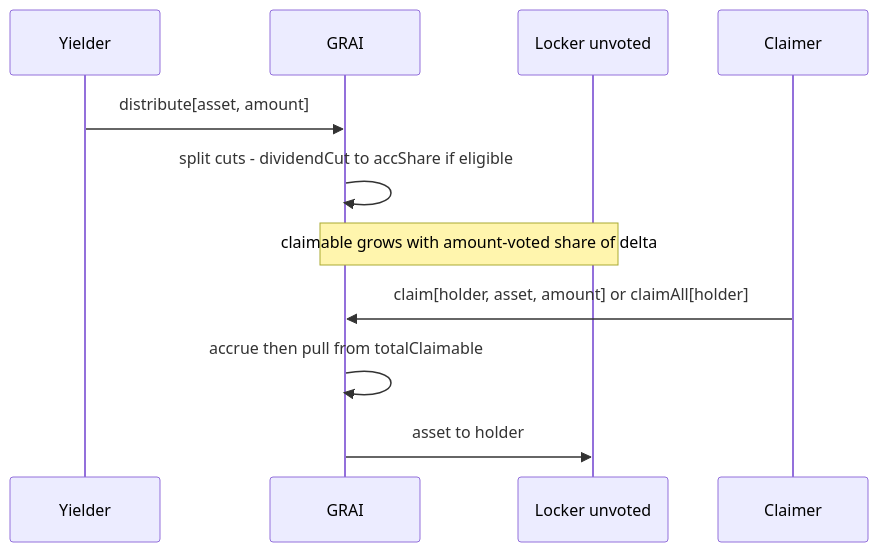
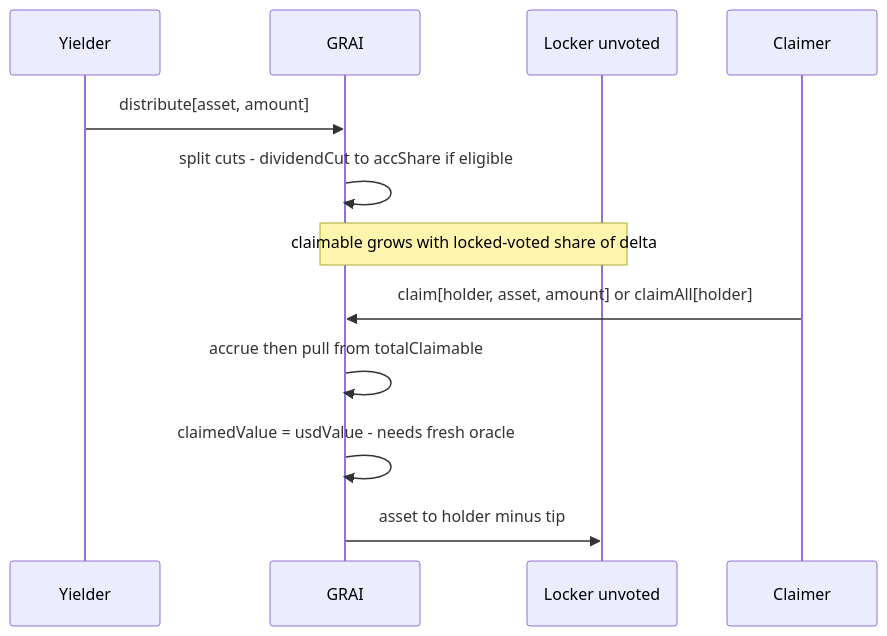
One commit to grindurus/grindurus-docs changed the second of 6 diagrams in protocol/grai/mechanics.md. Above: the diagram before and after it, drawn with Mermaid. The commit also changed other lines of this file, not shown here.

````diff
--- a/protocol/grai/mechanics.md
+++ b/protocol/grai/mechanics.md
@@ -187,15 +217,16 @@
 ```mermaid
 sequenceDiagram
     participant Y as Yielder
     participant G as GRAI
     participant L as Locker unvoted
     participant C as Claimer
 
     Y->>G: distribute[asset, amount]
     G->>G: split cuts - dividendCut to accShare if eligible
-    Note over G,L: claimable grows with amount-voted share of delta
+    Note over G,L: claimable grows with locked-voted share of delta
 
     C->>G: claim[holder, asset, amount] or claimAll[holder]
     G->>G: accrue then pull from totalClaimable
-    G->>L: asset to holder
+    G->>G: claimedValue = usdValue - needs fresh oracle
+    G->>L: asset to holder minus tip
 ```
````
